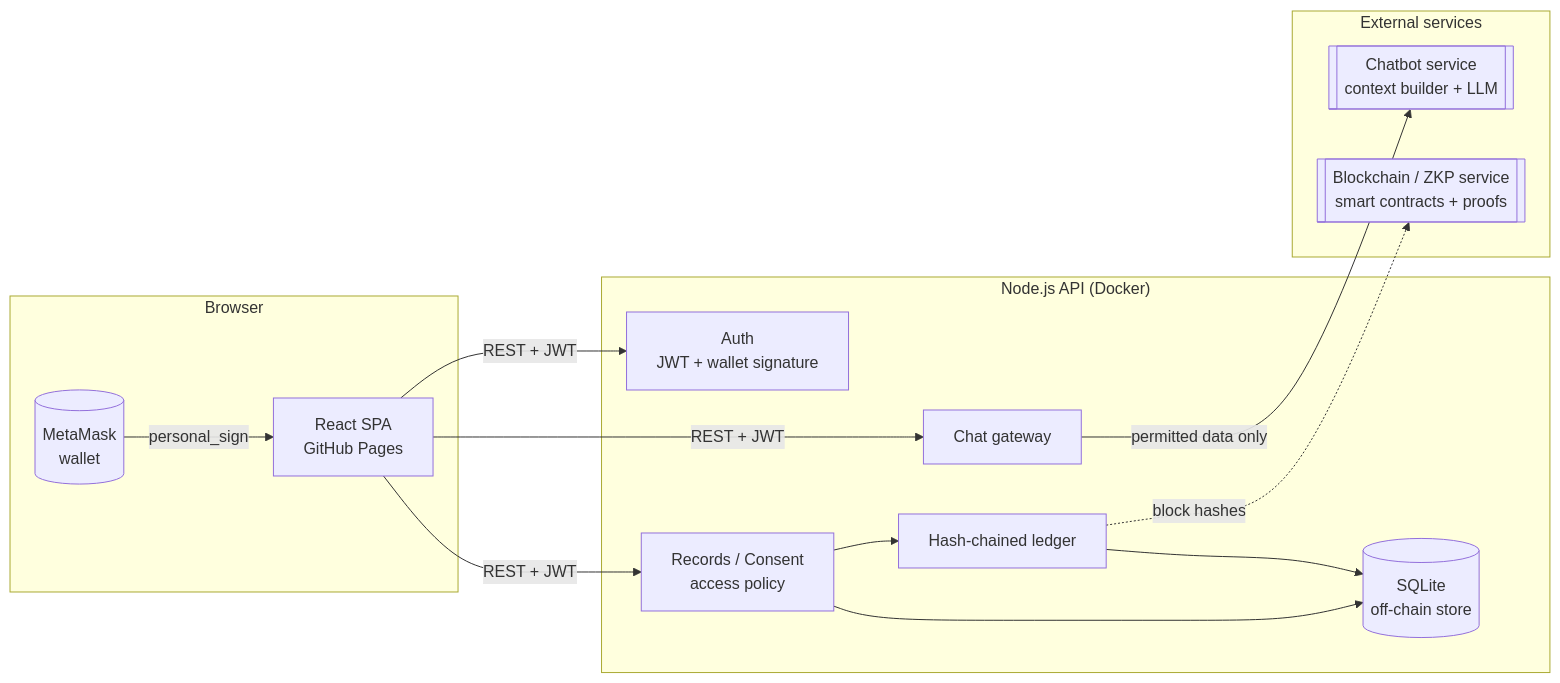
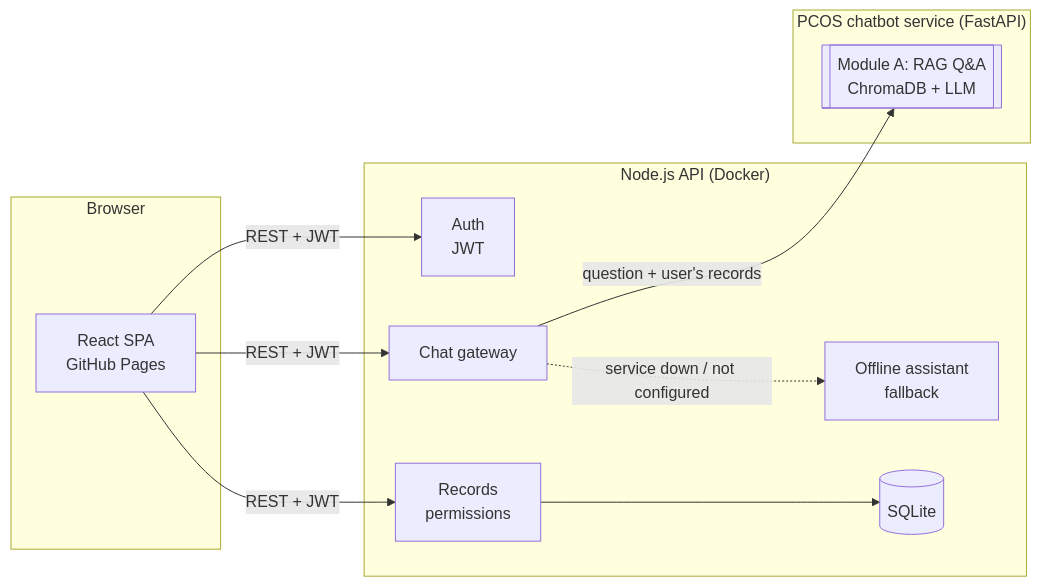
Before and after one commit to InnovHer-Competition/sharing-app: the diagram in README.md, drawn with Mermaid. The commit also changed other lines of this file and 48 other files, not shown here.

````diff
--- a/README.md
+++ b/README.md
@@ -21,26 +18,21 @@
 ```mermaid
 flowchart LR
   subgraph Browser
     W[React SPA<br/>GitHub Pages]
-    MM[(MetaMask<br/>wallet)]
   end
   subgraph API["Node.js API (Docker)"]
-    A[Auth<br/>JWT + wallet signature]
-    R[Records / Consent<br/>access policy]
+    A[Auth<br/>JWT]
+    R[Records<br/>permissions]
     G[Chat gateway]
-    L[Hash-chained ledger]
-    DB[(SQLite<br/>off-chain store)]
+    O[Offline assistant<br/>fallback]
+    DB[(SQLite)]
   end
-  subgraph Services["External services"]
-    CB[[Chatbot service<br/>context builder + LLM]]
-    BC[[Blockchain / ZKP service<br/>smart contracts + proofs]]
+  subgraph Bot["PCOS chatbot service (FastAPI)"]
+    CB[[Module A: RAG Q&A<br/>ChromaDB + LLM]]
   end
 
   W -- REST + JWT --> A & R & G
-  MM -- personal_sign --> W
   R --> DB
-  R --> L
-  L --> DB
-  G -- permitted data only --> CB
-  L -. block hashes .-> BC
+  G -- question + user's records --> CB
+  G -. service down / not configured .-> O
 ```
````
